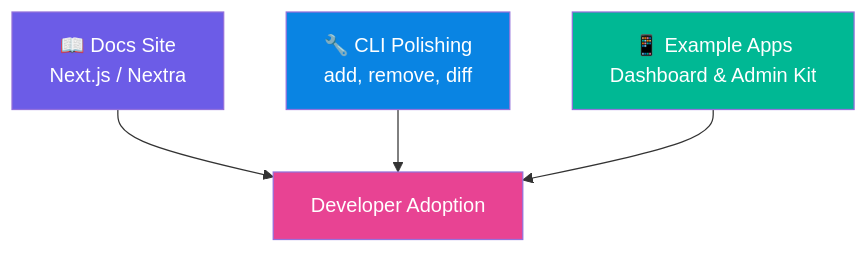
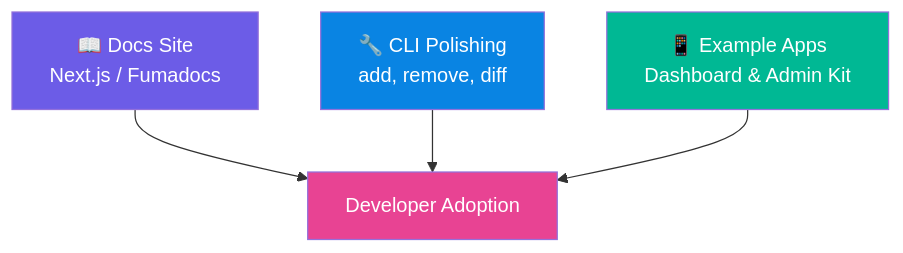
Before and after one commit to infinitedim/justui: the diagram in docs/phase-3-docs-dx-showcase.md, drawn with Mermaid. The commit also changed other lines of this file and 32 other files, not shown here.

````diff
--- a/docs/phase-3-docs-dx-showcase.md
+++ b/docs/phase-3-docs-dx-showcase.md
@@ -17,11 +17,11 @@
 ```mermaid
 graph TD
-    A["📖 Docs Site<br/>Next.js / Nextra"] --> D[Developer Adoption]
+    A["📖 Docs Site<br/>Next.js / Fumadocs"] --> D[Developer Adoption]
     B["🔧 CLI Polishing<br/>add, remove, diff"] --> D
     C["📱 Example Apps<br/>Dashboard & Admin Kit"] --> D
     
     style A fill:#6C5CE7,color:#fff
     style B fill:#0984E3,color:#fff
     style C fill:#00B894,color:#fff
     style D fill:#E84393,color:#fff
 ```
````
